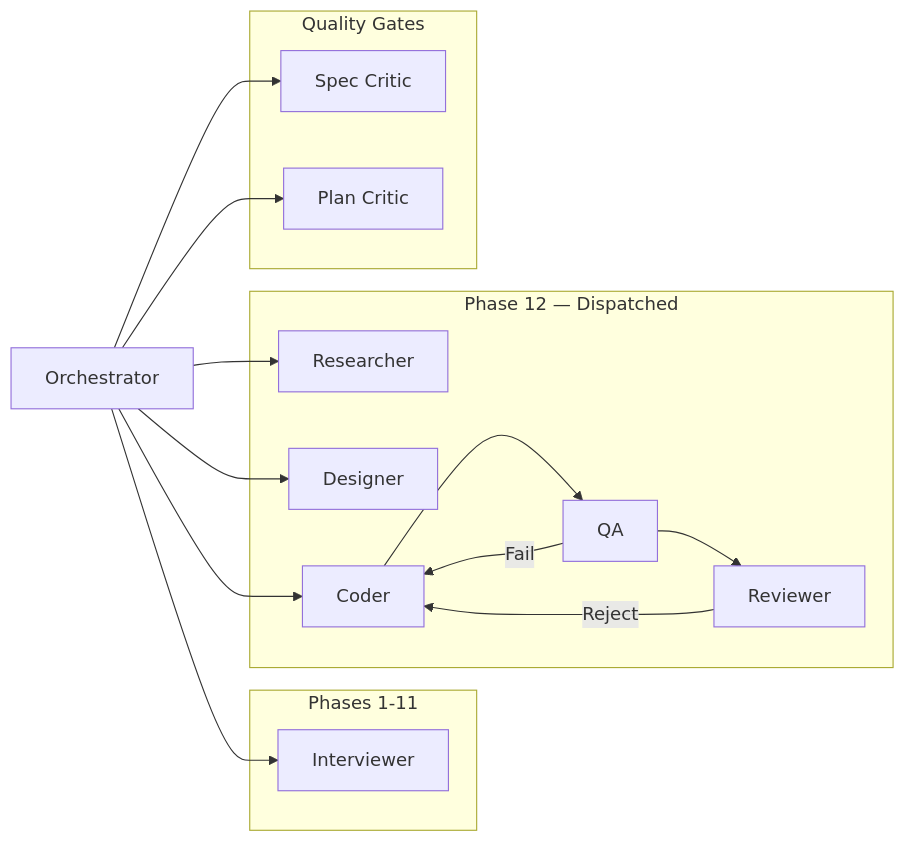
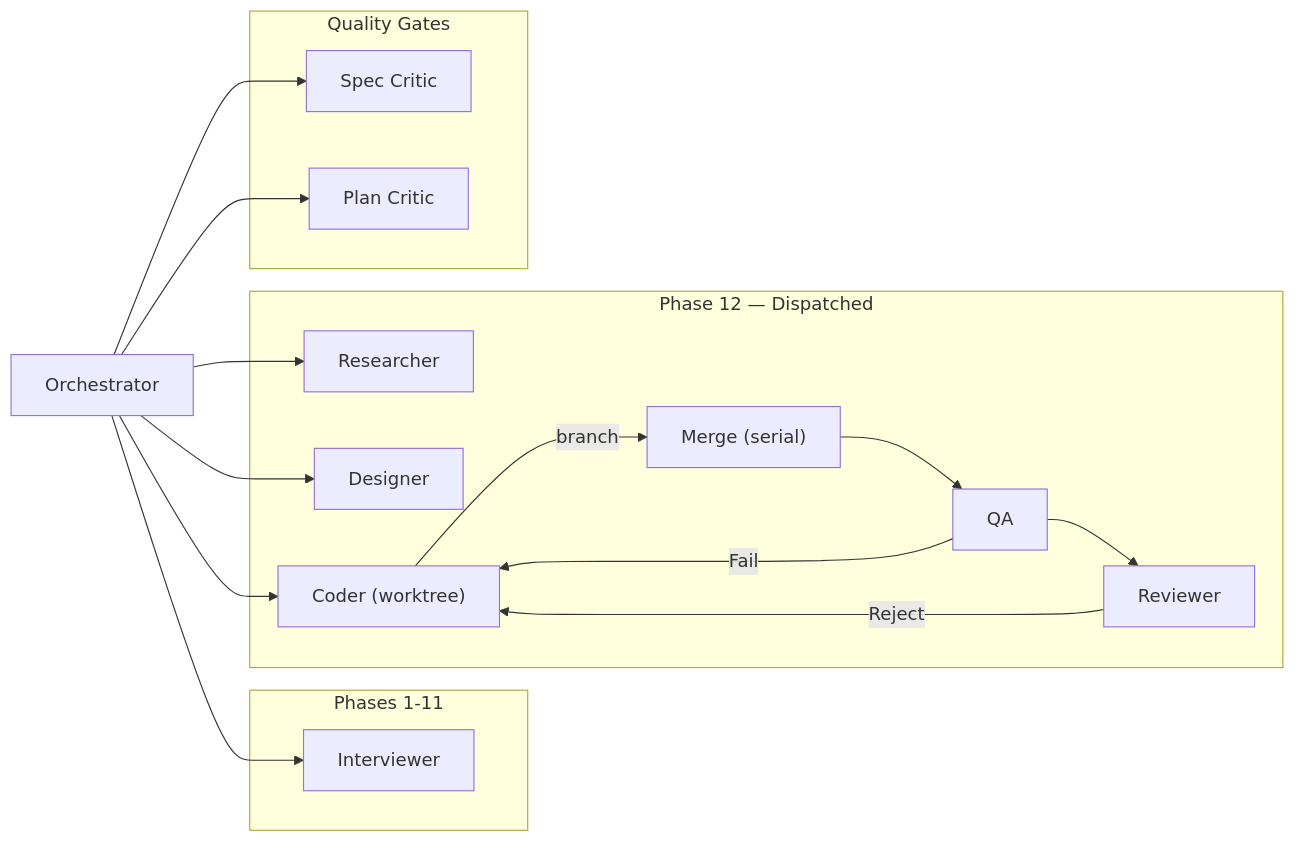
One commit to djpate/kryptonite changed the second of 3 diagrams in README.md. Above: the diagram before and after it, drawn with Mermaid. The commit also changed other lines of this file and 5 other files, not shown here.

First line of the commit message:
feat: add worktree isolation for parallel coder agents

````diff
--- a/README.md
+++ b/README.md
@@ -196,28 +198,29 @@
 ```mermaid
 graph LR
     O["Orchestrator"]
 
     subgraph interview ["Phases 1-11"]
         I["Interviewer"]
     end
 
     subgraph exec ["Phase 12 — Dispatched"]
         R["Researcher"]
         D["Designer"]
-        C["Coder"]
+        C["Coder (worktree)"]
+        M["Merge (serial)"]
         Q["QA"]
         RV["Reviewer"]
     end
 
     subgraph gates ["Quality Gates"]
         SC["Spec Critic"]
         PC["Plan Critic"]
     end
 
     O --> I
     O --> R & D & C
-    C --> Q --> RV
+    C -->|branch| M --> Q --> RV
     Q -->|Fail| C
     RV -->|Reject| C
     O --> SC & PC
 ```
````
